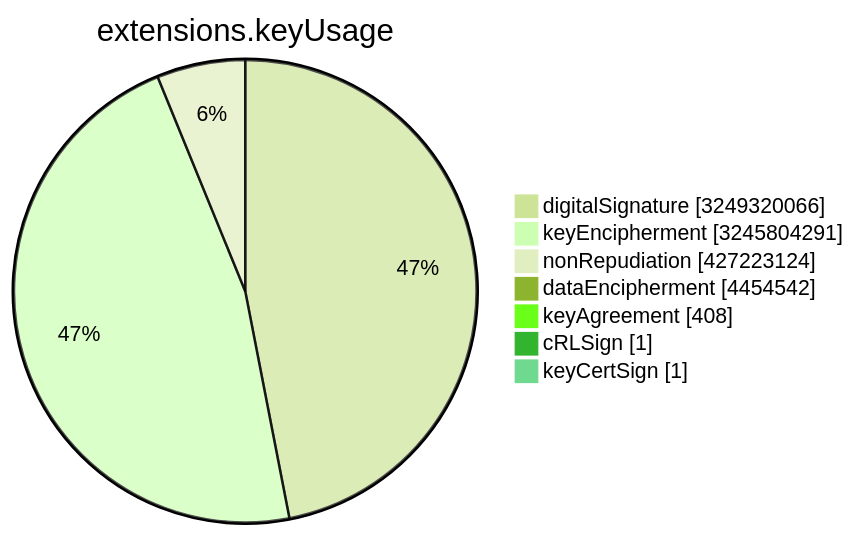
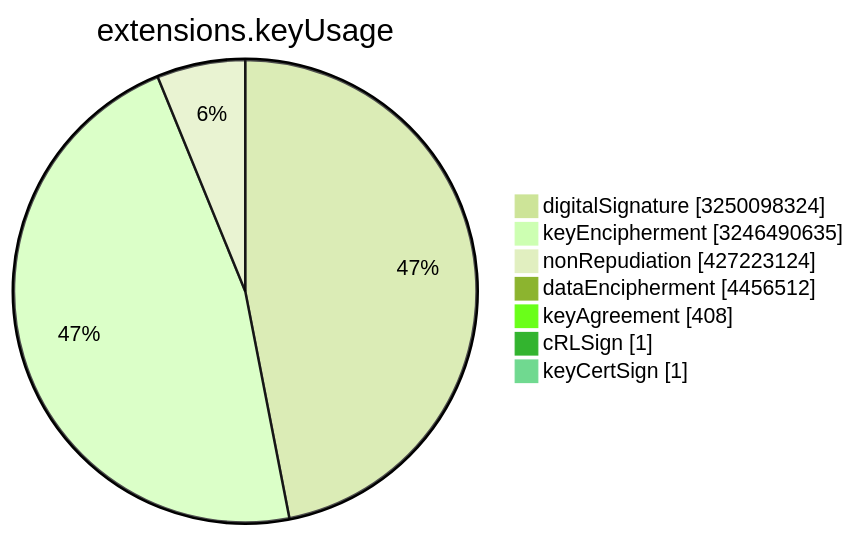
The sixth of 15 diagrams in TOTAL/README.md (christiankrug/ctmonitor_visualization), drawn with Mermaid (forest theme) before and after one commit. The commit also changed other lines of this file, not shown here.

````diff
--- a/TOTAL/README.md
+++ b/TOTAL/README.md
@@ -3078,11 +3078,11 @@
 ```mermaid
 pie showData
 title extensions.keyUsage
-"digitalSignature" :3249320066
-"keyEncipherment" :3245804291
+"digitalSignature" :3250098324
+"keyEncipherment" :3246490635
 "nonRepudiation" :427223124
-"dataEncipherment" :4454542
+"dataEncipherment" :4456512
 "keyAgreement" :408
 "cRLSign" :1
 "keyCertSign" :1
 ```
````
